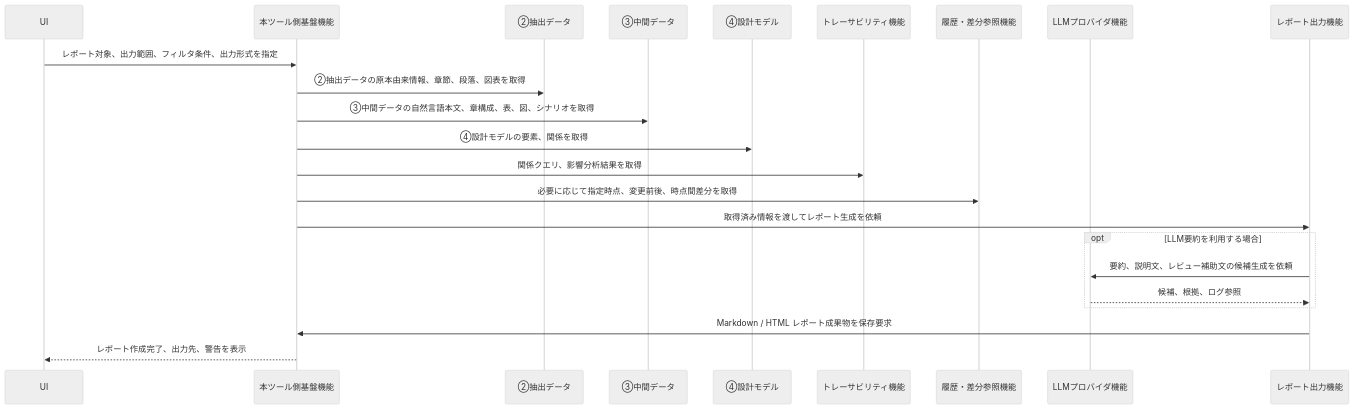
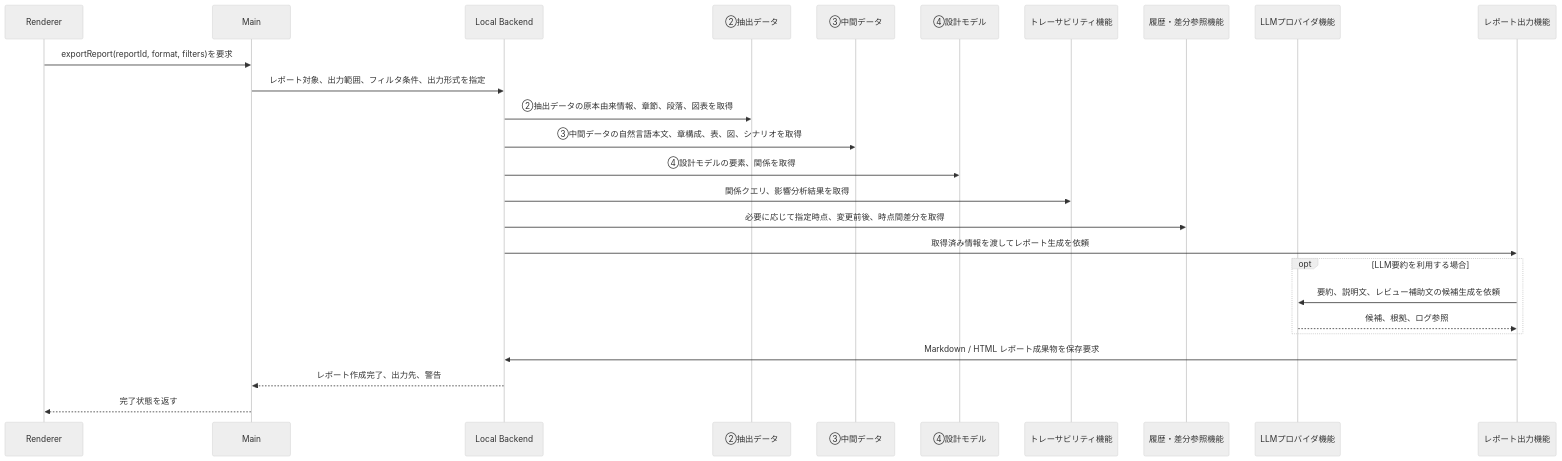
One commit to kfuruichi0920/d2d changed the eighth of 9 diagrams in docs/sdd_function_architecture.md. Above: the diagram before and after it, drawn with Mermaid (neutral theme). The commit also changed other lines of this file, not shown here.

````diff
--- a/docs/sdd_function_architecture.md
+++ b/docs/sdd_function_architecture.md
@@ -381,26 +427,29 @@
 ```mermaid
 sequenceDiagram
-    participant UI as UI
-    participant Host as 本ツール側基盤機能
+    participant UI as Renderer
+    participant Main as Main
+    participant Host as Local Backend
     participant Extracted as ②抽出データ
     participant IntermediateData as ③中間データ
     participant DesignModel as ④設計モデル
     participant Trace as トレーサビリティ機能
     participant History as 履歴・差分参照機能
     participant LLM as LLMプロバイダ機能
     participant Report as レポート出力機能
 
-    UI->>Host: レポート対象、出力範囲、フィルタ条件、出力形式を指定
+    UI->>Main: exportReport(reportId, format, filters)を要求
+    Main->>Host: レポート対象、出力範囲、フィルタ条件、出力形式を指定
     Host->>Extracted: ②抽出データの原本由来情報、章節、段落、図表を取得
     Host->>IntermediateData: ③中間データの自然言語本文、章構成、表、図、シナリオを取得
     Host->>DesignModel: ④設計モデルの要素、関係を取得
     Host->>Trace: 関係クエリ、影響分析結果を取得
     Host->>History: 必要に応じて指定時点、変更前後、時点間差分を取得
     Host->>Report: 取得済み情報を渡してレポート生成を依頼
     opt LLM要約を利用する場合
         Report->>LLM: 要約、説明文、レビュー補助文の候補生成を依頼
         LLM-->>Report: 候補、根拠、ログ参照
     end
     Report->>Host: Markdown / HTML レポート成果物を保存要求
-    Host-->>UI: レポート作成完了、出力先、警告を表示
+    Host-->>Main: レポート作成完了、出力先、警告
+    Main-->>UI: 完了状態を返す
 ```
````
